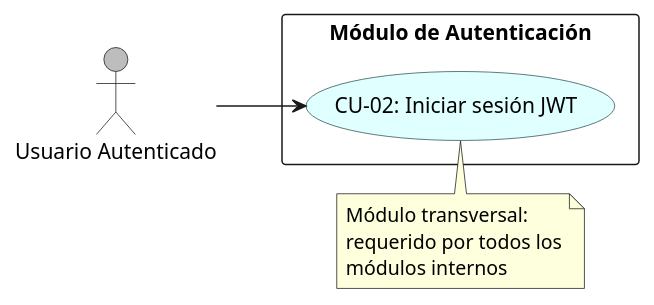
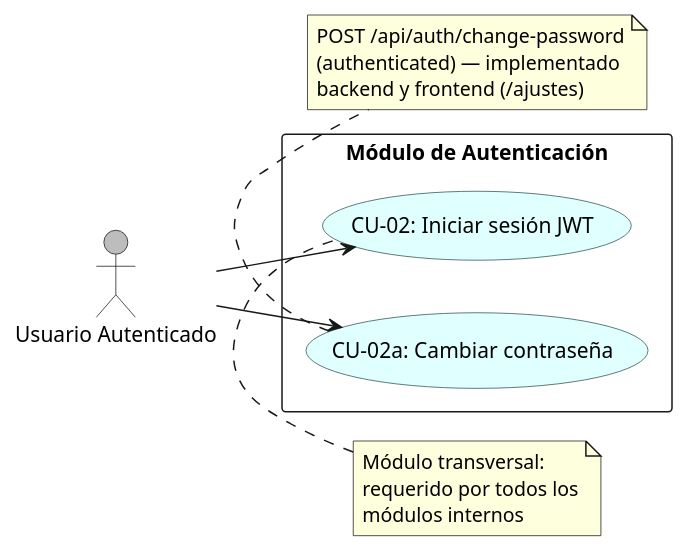
Before and after one commit to ElianMMCode/Zone-Control: the diagram in docs/diagramas/casos_uso/02_modulo_autenticacion.puml, drawn with PlantUML. The commit also changed 15 other files, not shown here.

First line of the commit message:
docs: sync implemented/pending state across plan, diagrams and HUs

```diff
--- a/docs/diagramas/casos_uso/02_modulo_autenticacion.puml
+++ b/docs/diagramas/casos_uso/02_modulo_autenticacion.puml
@@ -1,19 +1,27 @@
 @startuml
 skinparam usecase {
     BackgroundColor LightCyan
     BorderColor DarkSlateGray
 }
 skinparam packageStyle rectangle
 left to right direction
 
 actor "Usuario Autenticado" as Auth #BDBDBD
 
 package "Módulo de Autenticación" {
     usecase "CU-02: Iniciar sesión JWT" as UC_Login
+    usecase "CU-02a: Cambiar contraseña" as UC_ChangePwd
 }
 
 Auth --> UC_Login
+Auth --> UC_ChangePwd
 
 note top of UC_Login : Módulo transversal:\nrequerido por todos los\nmódulos internos
 
+note bottom of UC_ChangePwd
+  POST /api/auth/change-password
+  (authenticated) — implementado
+  backend y frontend (/ajustes)
+end note
+
 @enduml
```
